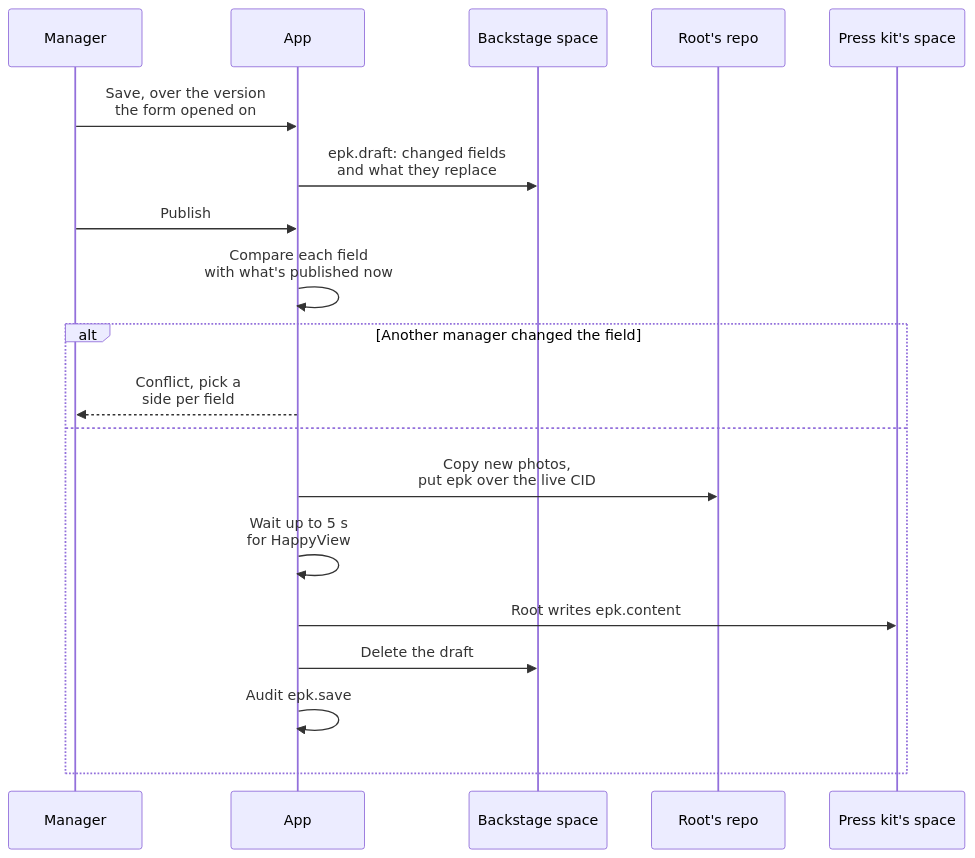
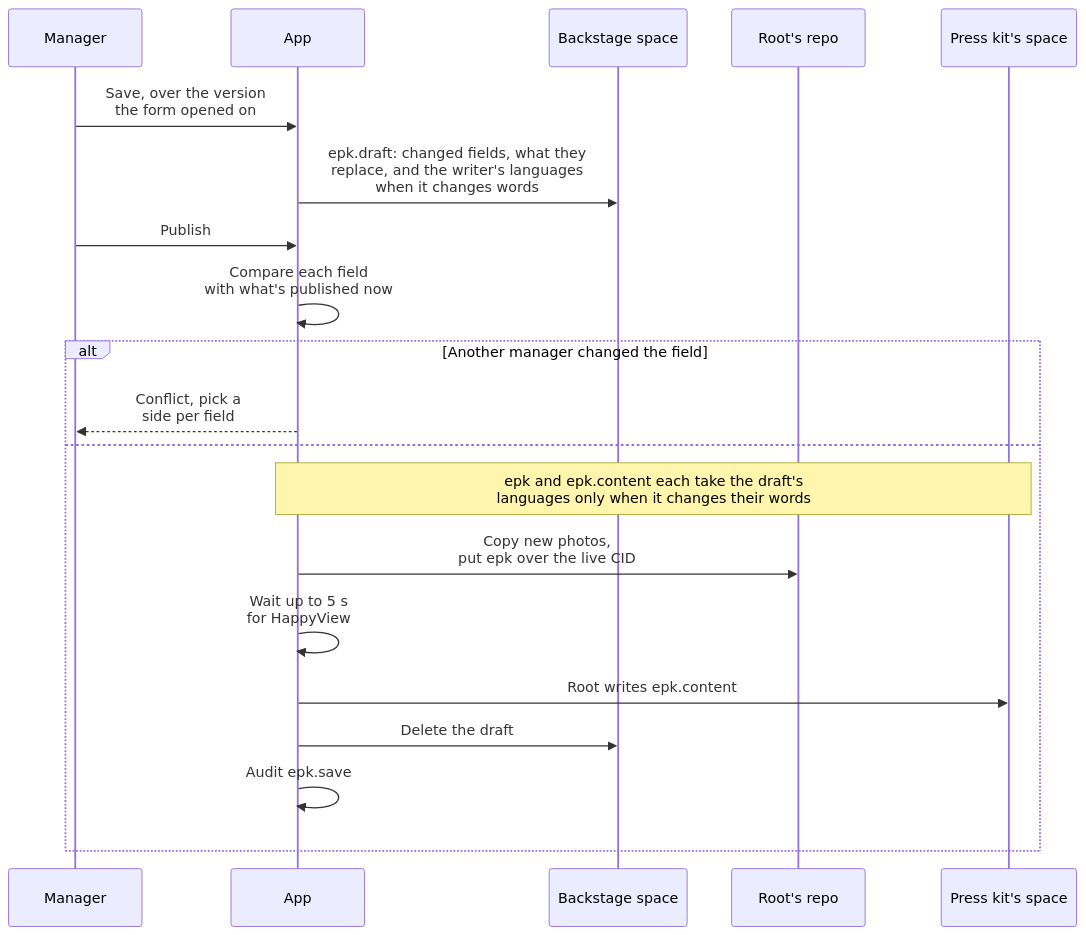
Before and after one commit to cutenode/localnetwork: the first of 6 diagrams in apps/web/docs/diagrams/press-kits.md, drawn with Mermaid. The commit also changed 89 other files, not shown here.

````diff
--- a/apps/web/docs/diagrams/press-kits.md
+++ b/apps/web/docs/diagrams/press-kits.md
@@ -16,21 +16,22 @@
 ```mermaid
 sequenceDiagram
   participant M as Manager
   participant A as App
   participant B as Backstage space
   participant R as Root's repo
   participant K as Press kit's space
   M->>A: Save, over the version<br/>the form opened on
-  A->>B: epk.draft: changed fields<br/>and what they replace
+  A->>B: epk.draft: changed fields, what they<br/>replace, and the writer's languages<br/>when it changes words
   M->>A: Publish
   A->>A: Compare each field<br/>with what's published now
   alt Another manager changed the field
     A-->>M: Conflict, pick a<br/>side per field
   else
+    Note over A,K: epk and epk.content each take the draft's<br/>languages only when it changes their words
     A->>R: Copy new photos,<br/>put epk over the live CID
     A->>A: Wait up to 5 s<br/>for HappyView
     A->>K: Root writes epk.content
     A->>B: Delete the draft
     A->>A: Audit epk.save
   end
 ```
````
